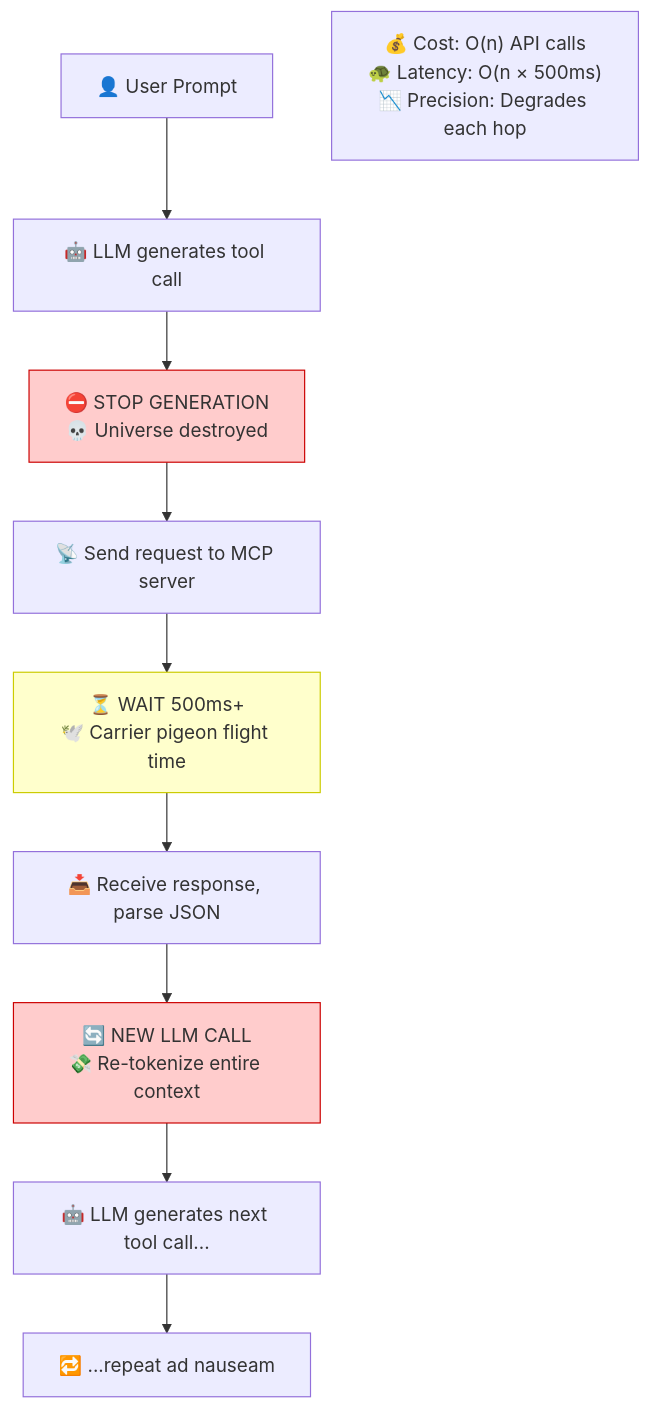
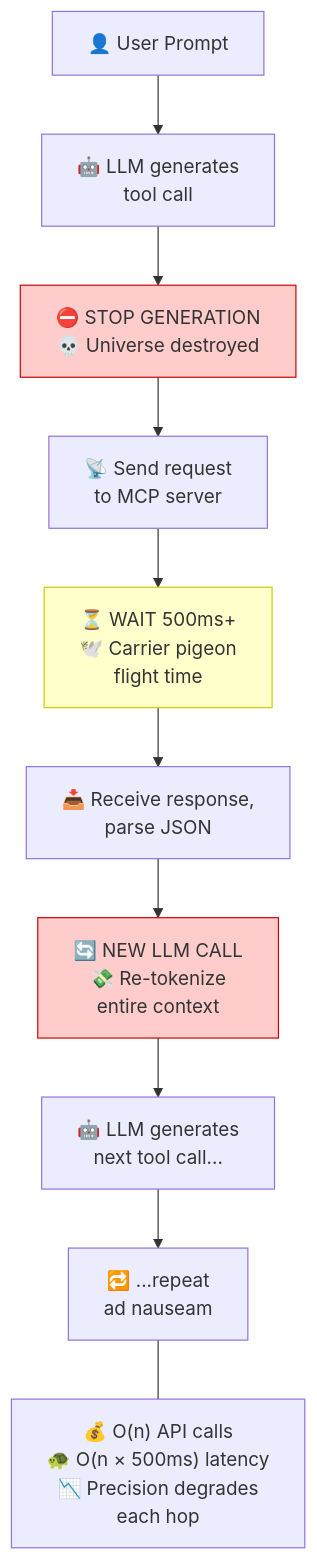
Before and after one commit to SimHacker/moollm: the fourth of 7 diagrams in designs/SPEED-OF-LIGHT-VS-CARRIER-PIGEON.md, drawn with Mermaid. The commit also changed other lines of this file and 11 other files, not shown here.

````diff
--- a/designs/SPEED-OF-LIGHT-VS-CARRIER-PIGEON.md
+++ b/designs/SPEED-OF-LIGHT-VS-CARRIER-PIGEON.md
@@ -418,17 +421,16 @@
 ```mermaid
 flowchart TD
-    UP["👤 User Prompt"] --> LLM1["🤖 LLM generates tool call"]
+    UP["👤 User Prompt"] --> LLM1["🤖 LLM generates<br/>tool call"]
     LLM1 --> STOP["⛔ STOP GENERATION<br/>💀 Universe destroyed"]
-    STOP --> MCP["📡 Send request to MCP server"]
-    MCP --> WAIT["⏳ WAIT 500ms+<br/>🕊️ Carrier pigeon flight time"]
-    WAIT --> PARSE["📥 Receive response, parse JSON"]
-    PARSE --> NEW["🔄 NEW LLM CALL<br/>💸 Re-tokenize entire context"]
-    NEW --> LLM2["🤖 LLM generates next tool call..."]
-    LLM2 --> REPEAT["🔁 ...repeat ad nauseam"]
-    
-    COST["💰 Cost: O(n) API calls<br/>🐢 Latency: O(n × 500ms)<br/>📉 Precision: Degrades each hop"]
+    STOP --> MCP["📡 Send request<br/>to MCP server"]
+    MCP --> WAIT["⏳ WAIT 500ms+<br/>🕊️ Carrier pigeon<br/>flight time"]
+    WAIT --> PARSE["📥 Receive response,<br/>parse JSON"]
+    PARSE --> NEW["🔄 NEW LLM CALL<br/>💸 Re-tokenize<br/>entire context"]
+    NEW --> LLM2["🤖 LLM generates<br/>next tool call..."]
+    LLM2 --> REPEAT["🔁 ...repeat<br/>ad nauseam"]
+    REPEAT --- COST["💰 O(n) API calls<br/>🐢 O(n × 500ms) latency<br/>📉 Precision degrades<br/>each hop"]
     
     style STOP fill:#fcc,stroke:#c00
     style WAIT fill:#ffc,stroke:#cc0
     style NEW fill:#fcc,stroke:#c00
 ```
````
